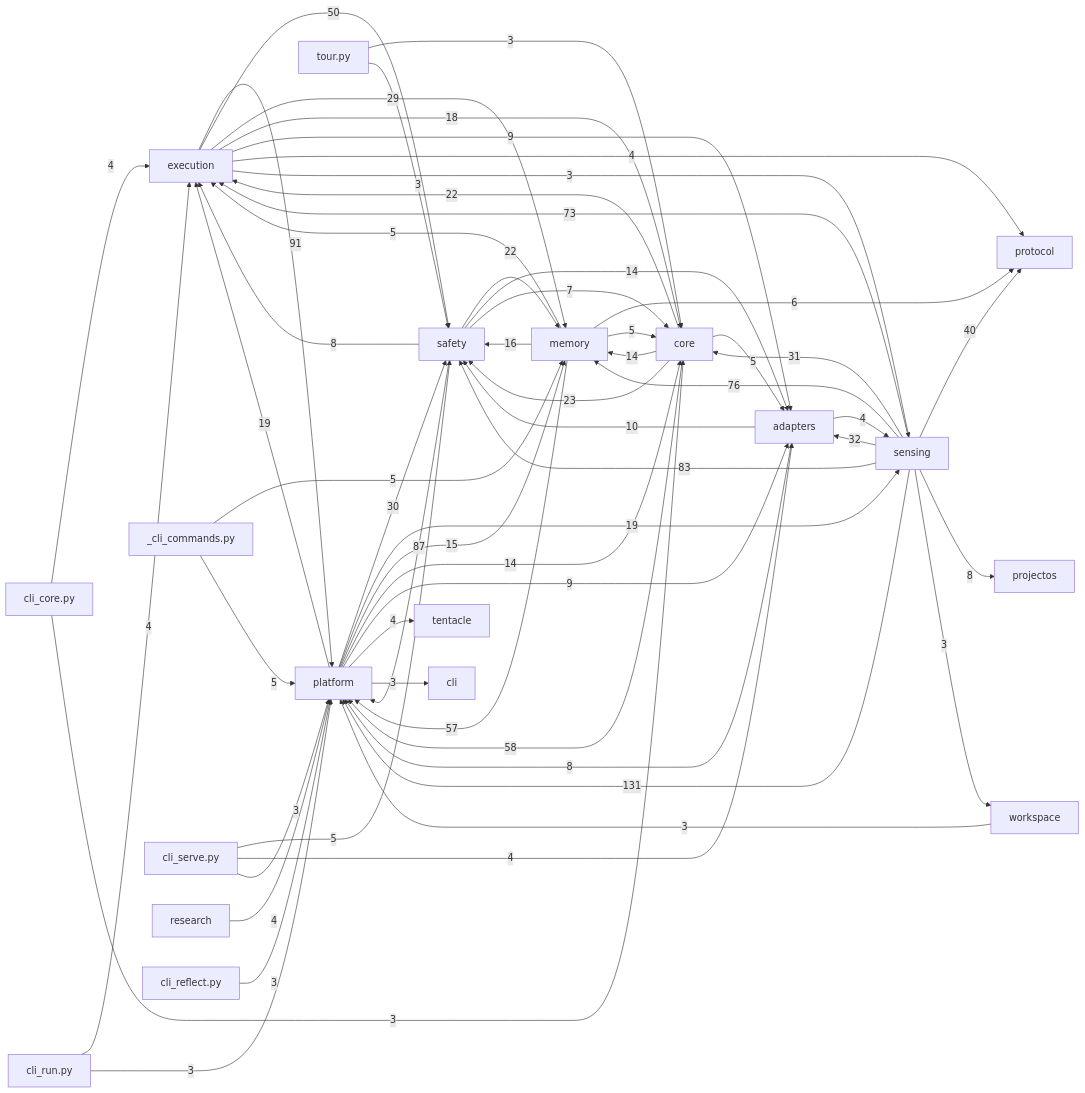
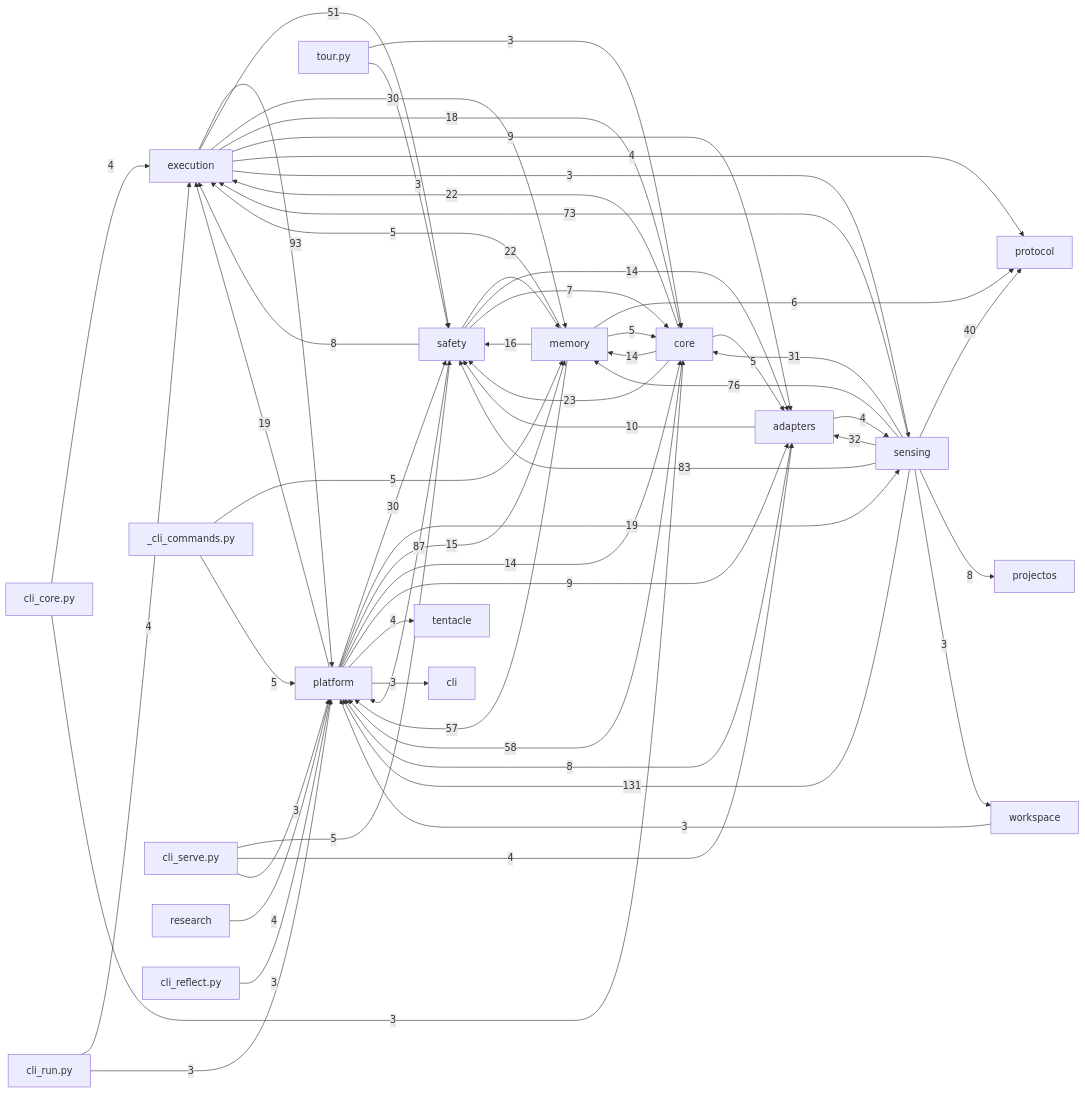
The diagram in docs/auto/20-backend/index.md (dengdenghua/octopus-agent), drawn with Mermaid before and after one commit. The commit also changed 6 other files, not shown here.

````diff
--- a/docs/auto/20-backend/index.md
+++ b/docs/auto/20-backend/index.md
@@ -26,66 +26,66 @@
 ```mermaid
 graph LR
   execution[execution]
   core[core]
   safety[safety]
   memory[memory]
   sensing[sensing]
   adapters[adapters]
   platform[platform]
   sensing -- 131 --> platform
-  execution -- 91 --> platform
+  execution -- 93 --> platform
   safety -- 87 --> platform
   sensing -- 83 --> safety
   sensing -- 76 --> memory
   sensing -- 73 --> execution
   core -- 58 --> platform
   memory -- 57 --> platform
-  execution -- 50 --> safety
+  execution -- 51 --> safety
   sensing -- 40 --> protocol
   sensing -- 32 --> adapters
   sensing -- 31 --> core
+  execution -- 30 --> memory
   platform -- 30 --> safety
-  execution -- 29 --> memory
   core -- 23 --> safety
   core -- 22 --> execution
   safety -- 22 --> memory
   platform -- 19 --> execution
   platform -- 19 --> sensing
   execution -- 18 --> core
   memory -- 16 --> safety
   platform -- 15 --> memory
   core -- 14 --> memory
   platform -- 14 --> core
   safety -- 14 --> adapters
   adapters -- 10 --> safety
   execution -- 9 --> adapters
   platform -- 9 --> adapters
   adapters -- 8 --> platform
   safety -- 8 --> execution
   sensing -- 8 --> projectos
   safety -- 7 --> core
   memory -- 6 --> protocol
   _cli_commands.py -- 5 --> memory
   _cli_commands.py -- 5 --> platform
   cli_serve.py -- 5 --> safety
   core -- 5 --> adapters
   memory -- 5 --> core
   memory -- 5 --> execution
   adapters -- 4 --> sensing
   cli_core.py -- 4 --> execution
   cli_run.py -- 4 --> execution
   cli_serve.py -- 4 --> adapters
   execution -- 4 --> protocol
   platform -- 4 --> tentacle
   research -- 4 --> platform
   cli_core.py -- 3 --> core
   cli_reflect.py -- 3 --> platform
   cli_run.py -- 3 --> platform
   cli_serve.py -- 3 --> platform
   execution -- 3 --> sensing
   platform -- 3 --> cli
   sensing -- 3 --> workspace
   tour.py -- 3 --> core
   tour.py -- 3 --> safety
   workspace -- 3 --> platform
 ```
````
